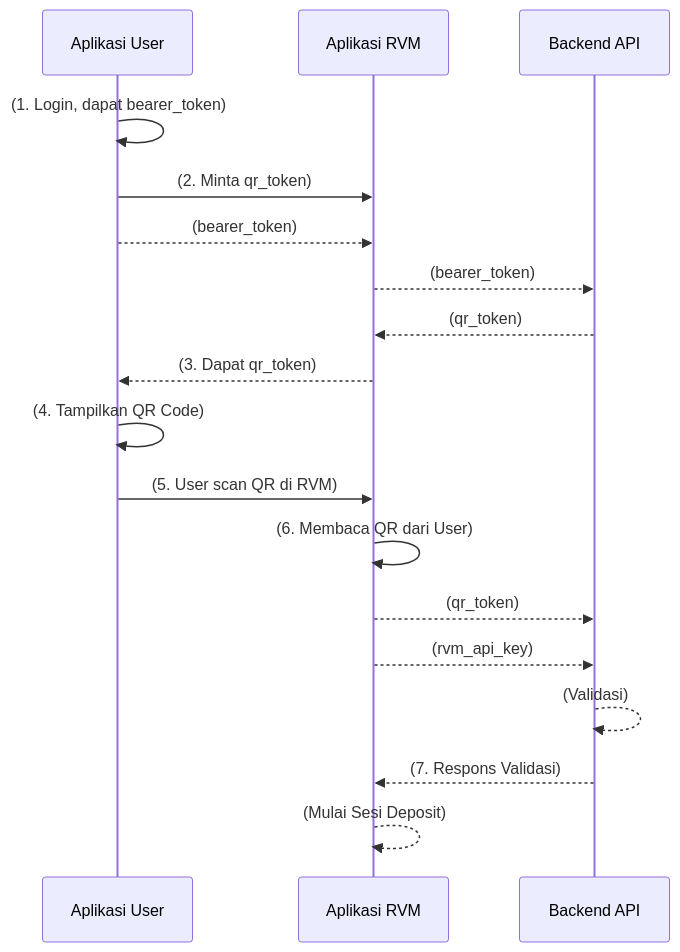
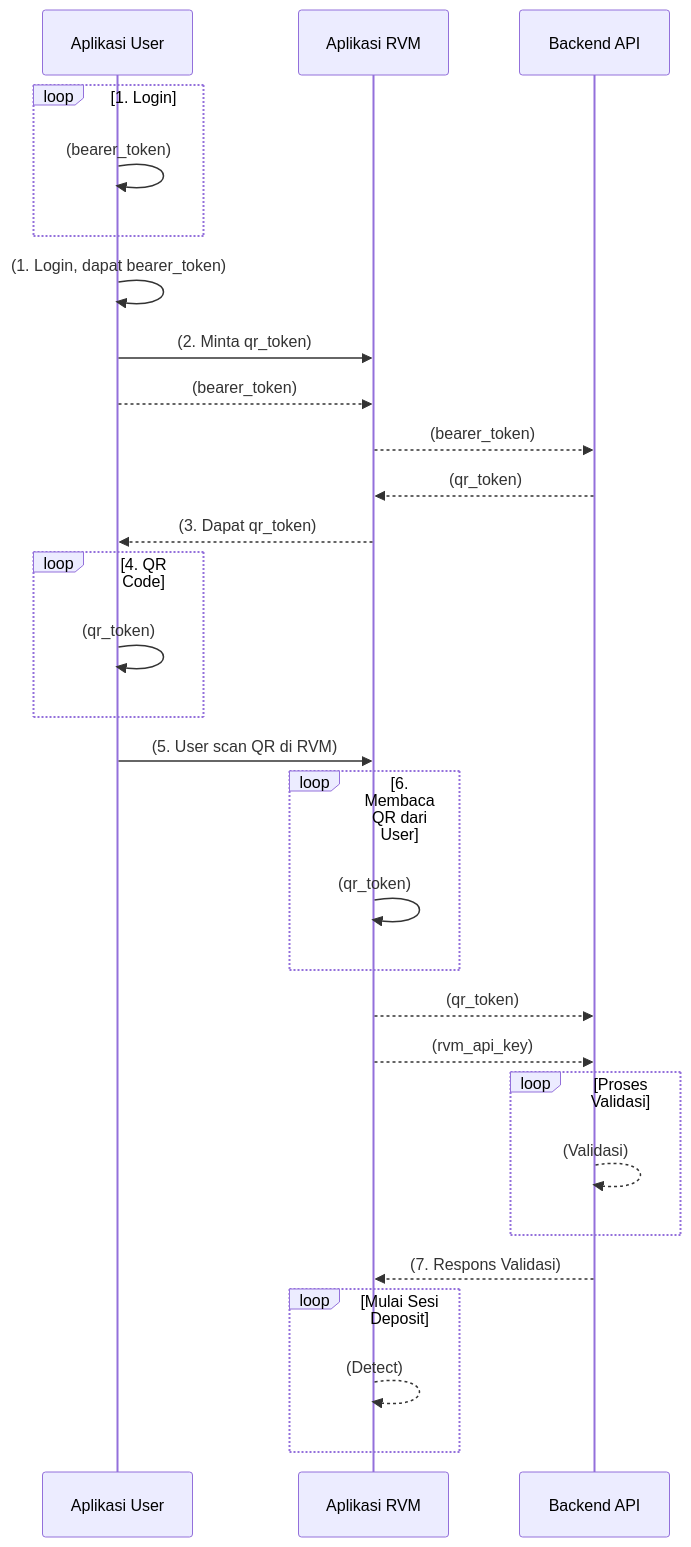
Before and after one commit to vnot01/myRVM: the diagram in alur-singkat-login-mesin-rvm.md, drawn with Mermaid.

Commit message:
Update alur-singkat-login-mesin-rvm.md
Diagram Alur

````diff
--- a/alur-singkat-login-mesin-rvm.md
+++ b/alur-singkat-login-mesin-rvm.md
@@ -69,17 +69,28 @@
-::: mermaid
+```mermaid
 sequenceDiagram
+loop 1. Login
+    Aplikasi User->>Aplikasi User: (bearer_token)
+end
 Aplikasi User->>Aplikasi User: (1. Login, dapat bearer_token)
 Aplikasi User->>Aplikasi RVM: (2. Minta qr_token)
 Aplikasi User-->>Aplikasi RVM: (bearer_token)
 Aplikasi RVM-->>Backend API: (bearer_token)
 Backend API-->>Aplikasi RVM: (qr_token)
 Aplikasi RVM-->>Aplikasi User: (3. Dapat qr_token)
-Aplikasi User->>Aplikasi User: (4. Tampilkan QR Code)
+loop 4. QR Code
+    Aplikasi User->>Aplikasi User: (qr_token)
+end
 Aplikasi User->>Aplikasi RVM: (5. User scan QR di RVM)
-Aplikasi RVM->>Aplikasi RVM: (6. Membaca QR dari User)
+loop 6. Membaca QR dari User
+    Aplikasi RVM->>Aplikasi RVM: (qr_token)
+end
 Aplikasi RVM-->>Backend API: (qr_token)
 Aplikasi RVM-->>Backend API: (rvm_api_key)
-Backend API-->>Backend API: (Validasi)
+loop Proses Validasi
+    Backend API-->>Backend API: (Validasi)
+end
 Backend API-->>Aplikasi RVM: (7. Respons Validasi)
-Aplikasi RVM-->>Aplikasi RVM: (Mulai Sesi Deposit)
-:::
+loop Mulai Sesi Deposit
+    Aplikasi RVM-->>Aplikasi RVM: (Detect)
+end
+```
````
